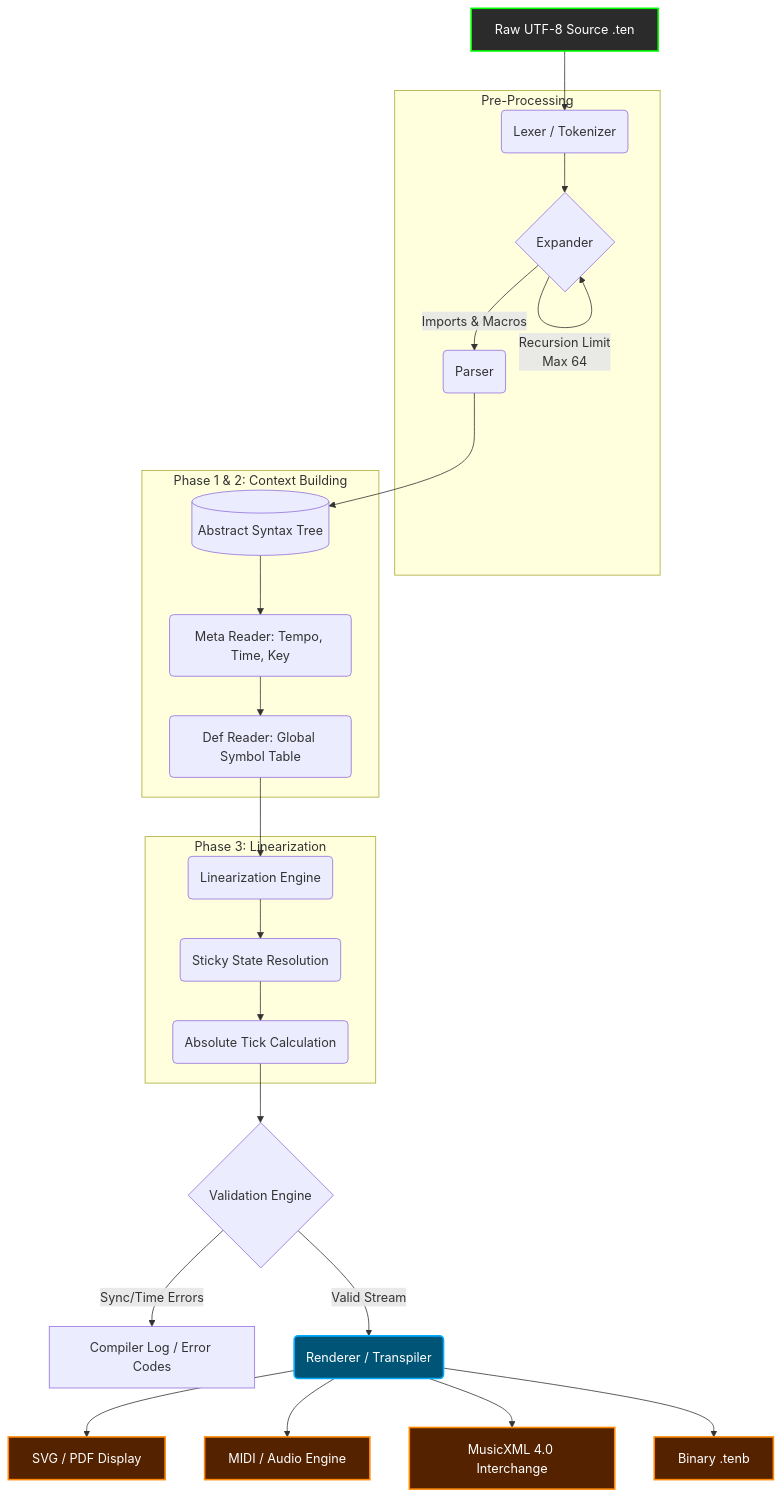
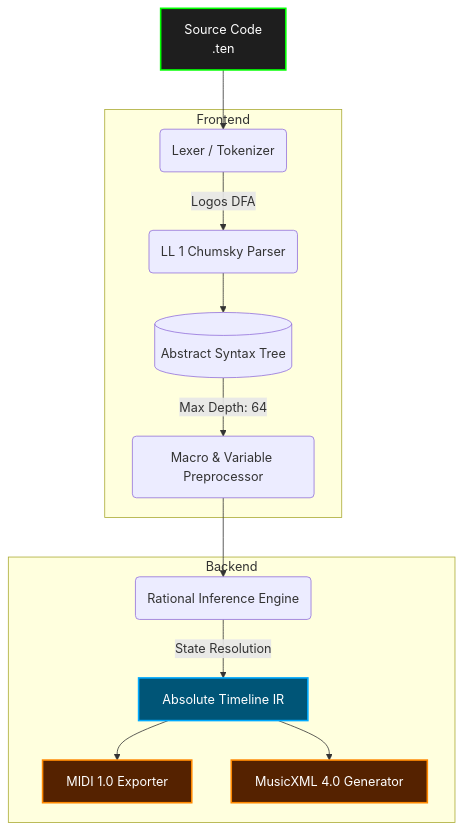
One commit to alec-borman/TenutoNotationLanguage changed the diagram in README.md. Above: the diagram before and after it, drawn with Mermaid. The commit also changed other lines of this file, not shown here.

````diff
--- a/README.md
+++ b/README.md
@@ -35,37 +124,21 @@
 ```mermaid
 graph TD
-    %% Styling
-    classDef file fill:#2b2b2b,stroke:#00ff00,stroke-width:2px,color:#fff
-    classDef phase fill:#005577,stroke:#00aaff,stroke-width:2px,color:#fff
+    classDef source fill:#1e1e1e,stroke:#00ff00,stroke-width:2px,color:#fff
+    classDef logic fill:#005577,stroke:#00aaff,stroke-width:2px,color:#fff
     classDef output fill:#552200,stroke:#ff8800,stroke-width:2px,color:#fff
 
-    A[Raw UTF-8 Source .ten]:::file --> B(Lexer / Tokenizer)
+    A[Source Code <br> .ten]:::source --> B(Lexer / Tokenizer)
     
-    subgraph Pre-Processing
-        B --> C{Expander}
-        C -->|Recursion Limit<br>Max 64| C
-        C -->|Imports & Macros| D(Parser)
+    subgraph Frontend
+        B -->|Logos DFA| C(LL 1 Chumsky Parser)
+        C --> D[(Abstract Syntax Tree)]
+        D -->|Max Depth: 64| E(Macro & Variable Preprocessor)
     end
     
-    D --> E[(Abstract Syntax Tree)]
-    
-    subgraph Phase 1 & 2: Context Building
-        E --> F(Meta Reader: Tempo, Time, Key)
-        F --> G(Def Reader: Global Symbol Table)
+    subgraph Backend
+        E --> F(Rational Inference Engine)
+        F -->|State Resolution| G[Absolute Timeline IR]:::logic
+        G --> H[MIDI 1.0 Exporter]:::output
+        G --> I[MusicXML 4.0 Generator]:::output
     end
-    
-    subgraph Phase 3: Linearization
-        G --> H(Linearization Engine)
-        H --> I(Sticky State Resolution)
-        I --> J(Absolute Tick Calculation)
-    end
-    
-    J --> K{Validation Engine}
-    K -->|Sync/Time Errors| L[Compiler Log / Error Codes]
-    K -->|Valid Stream| M(Renderer / Transpiler):::phase
-    
-    M --> N[SVG / PDF Display]:::output
-    M --> O[MIDI / Audio Engine]:::output
-    M --> P[MusicXML 4.0 Interchange]:::output
-    M --> Q[Binary .tenb]:::output
 ```
````
